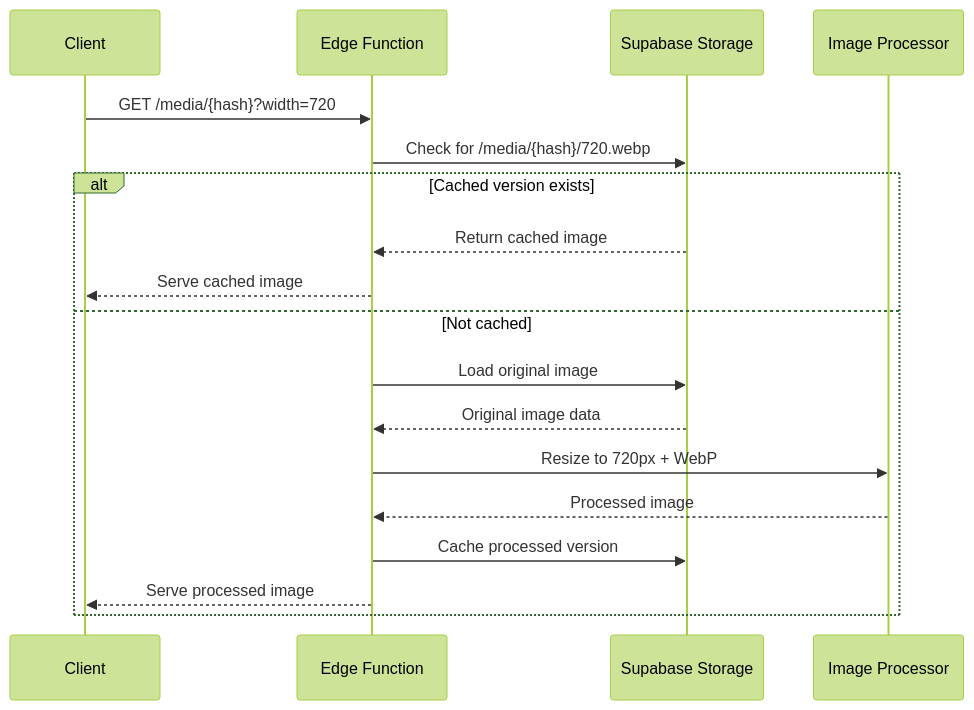
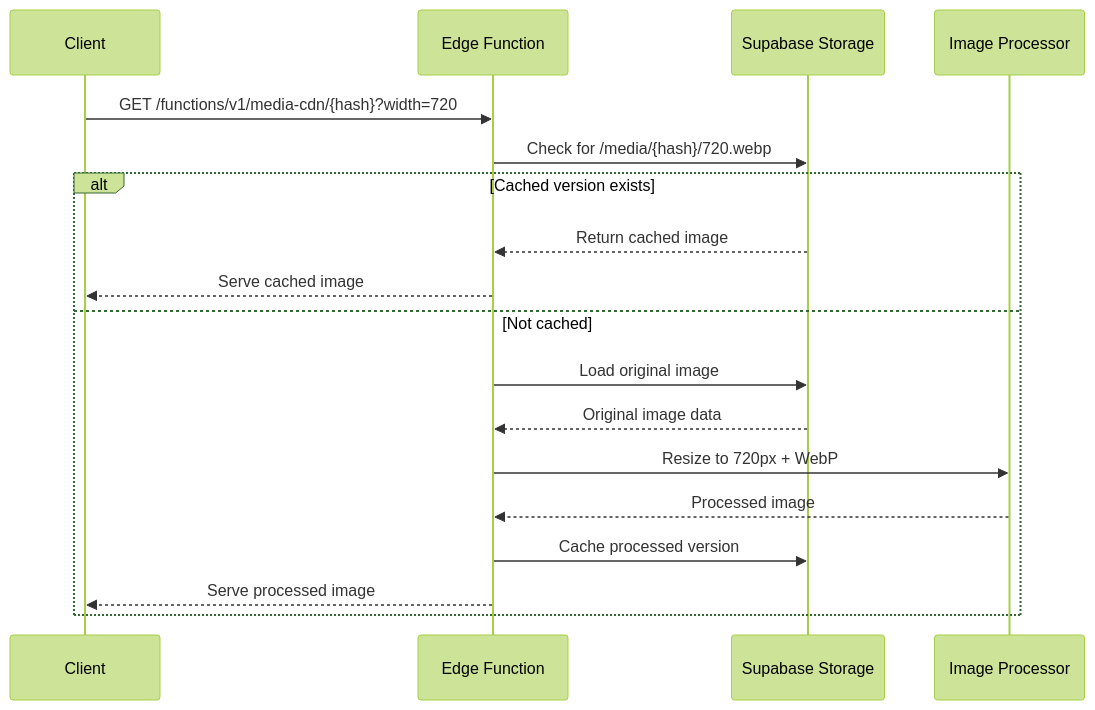
The second of 4 diagrams in prd/06-media-management.md (jkjan/nowhereland), drawn with Mermaid (forest theme) before and after one commit. The commit also changed other lines of this file and 18 other files, not shown here.

````diff
--- a/prd/06-media-management.md
+++ b/prd/06-media-management.md
@@ -187,22 +187,22 @@
 ```mermaid
 sequenceDiagram
     participant C as Client
     participant CDN as Edge Function
     participant STORAGE as Supabase Storage
     participant PROC as Image Processor
     
-    C->>CDN: GET /media/{hash}?width=720
+    C->>CDN: GET /functions/v1/media-cdn/{hash}?width=720
     CDN->>STORAGE: Check for /media/{hash}/720.webp
     
     alt Cached version exists
         STORAGE-->>CDN: Return cached image
         CDN-->>C: Serve cached image
     else Not cached
         CDN->>STORAGE: Load original image
         STORAGE-->>CDN: Original image data
         CDN->>PROC: Resize to 720px + WebP
         PROC-->>CDN: Processed image
         CDN->>STORAGE: Cache processed version
         CDN-->>C: Serve processed image
     end
 ```
````
